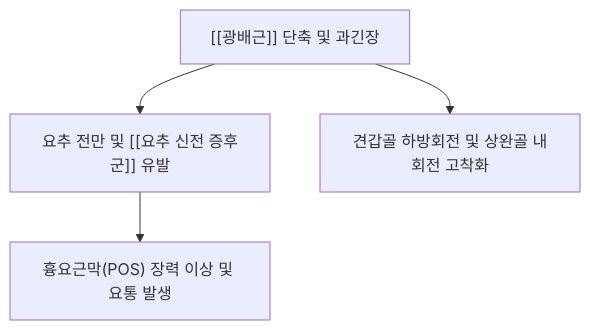
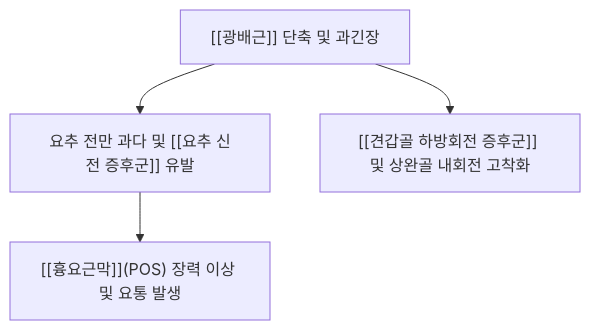
One commit to simbio11/simbio-digital-garden2 changed the second of 3 diagrams in content/1. 근골격계 공부/근육/(8) 흉부/광배근.md. Above: the diagram before and after it, drawn with Mermaid. The commit also changed other lines of this file and 122 other files, not shown here.

````diff
--- a/content/1. 근골격계 공부/근육/(8) 흉부/광배근.md
+++ b/content/1. 근골격계 공부/근육/(8) 흉부/광배근.md
@@ -48,6 +62,6 @@
 ```mermaid
 graph TD
-    LatTight["[[광배근]] 단축 및 과긴장"] --> LumbarExt["요추 전만 및 [[요추 신전 증후군]] 유발"]
-    LatTight --> ScapDownRot["견갑골 하방회전 및 상완골 내회전 고착화"]
-    LumbarExt --> POS_Tension["흉요근막(POS) 장력 이상 및 요통 발생"]
+    LatTight["[[광배근]] 단축 및 과긴장"] --> LumbarExt["요추 전만 과다 및 [[요추 신전 증후군]] 유발"]
+    LatTight --> ScapDownRot["[[견갑골 하방회전 증후군]] 및 상완골 내회전 고착화"]
+    LumbarExt --> POS_Tension["[[흉요근막]](POS) 장력 이상 및 요통 발생"]
 ```
````
